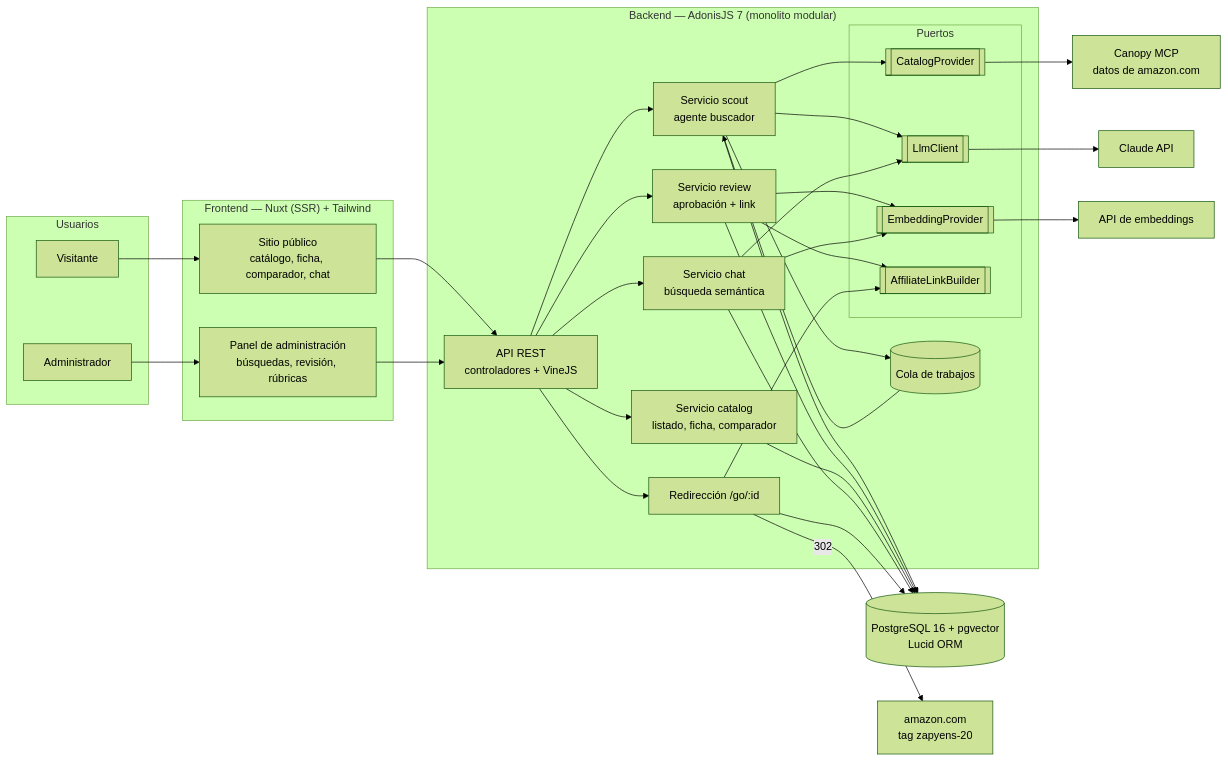
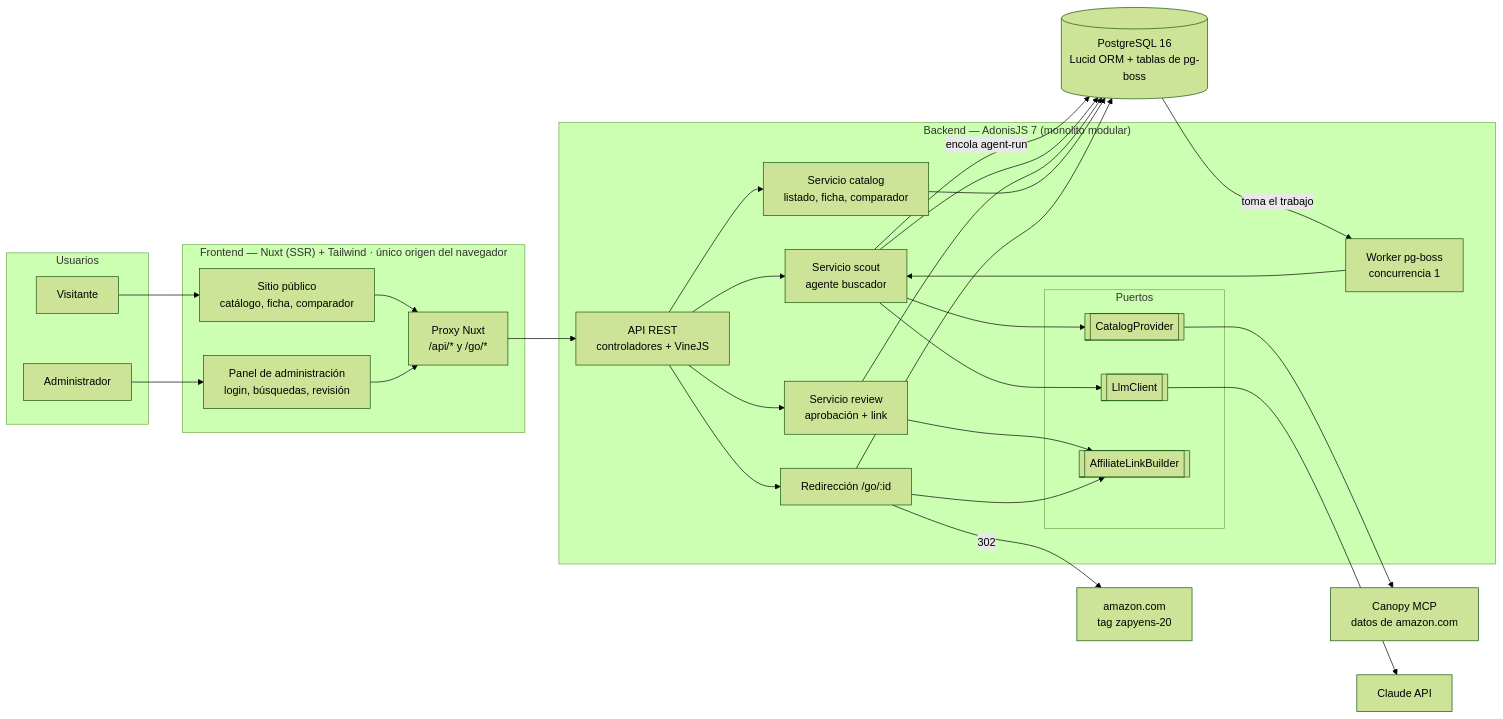
One commit to coffmkr/ai-shopping-advisor changed the first of 3 diagrams in README.md. Above: the diagram before and after it, drawn with Mermaid (forest theme). The commit also changed other lines of this file and 17 other files, not shown here.

````diff
--- a/README.md
+++ b/README.md
@@ -175,45 +181,44 @@
 ```mermaid
 flowchart LR
   subgraph Usuarios
     V[Visitante]
     A[Administrador]
   end
 
-  subgraph Frontend["Frontend — Nuxt (SSR) + Tailwind"]
-    PUB[Sitio público<br/>catálogo, ficha, comparador, chat]
-    ADM[Panel de administración<br/>búsquedas, revisión, rúbricas]
+  subgraph Frontend["Frontend — Nuxt (SSR) + Tailwind · único origen del navegador"]
+    PUB[Sitio público<br/>catálogo, ficha, comparador]
+    ADM[Panel de administración<br/>login, búsquedas, revisión]
+    PX[Proxy Nuxt<br/>/api/* y /go/*]
   end
 
   subgraph Backend["Backend — AdonisJS 7 (monolito modular)"]
     API[API REST<br/>controladores + VineJS]
     SC[Servicio scout<br/>agente buscador]
     RV[Servicio review<br/>aprobación + link]
     CT[Servicio catalog<br/>listado, ficha, comparador]
-    CH[Servicio chat<br/>búsqueda semántica]
     LK[Redirección /go/:id]
-    Q[(Cola de trabajos)]
+    W[Worker pg-boss<br/>concurrencia 1]
     subgraph Puertos
       CP[[CatalogProvider]]
       LL[[LlmClient]]
-      EP[[EmbeddingProvider]]
       AL[[AffiliateLinkBuilder]]
     end
   end
 
-  DB[(PostgreSQL 16 + pgvector<br/>Lucid ORM)]
+  DB[(PostgreSQL 16<br/>Lucid ORM + tablas de pg-boss)]
   CAN[Canopy MCP<br/>datos de amazon.com]
   CL[Claude API]
-  EMB[API de embeddings]
   AMZ[amazon.com<br/>tag zapyens-20]
 
-  V --> PUB --> API
-  A --> ADM --> API
-  API --> SC & RV & CT & CH & LK
-  SC --> Q --> SC
+  V --> PUB --> PX
+  A --> ADM --> PX
+  PX --> API
+  API --> SC & RV & CT & LK
+  SC -- encola agent-run --> DB
+  DB -- toma el trabajo --> W --> SC
   SC --> CP --> CAN
-  SC & CH --> LL --> CL
-  RV & CH --> EP --> EMB
+  SC --> LL --> CL
   RV & LK --> AL
-  SC & RV & CT & CH & LK --> DB
+  SC & RV & CT & LK --> DB
   LK -- 302 --> AMZ
 ```
````
